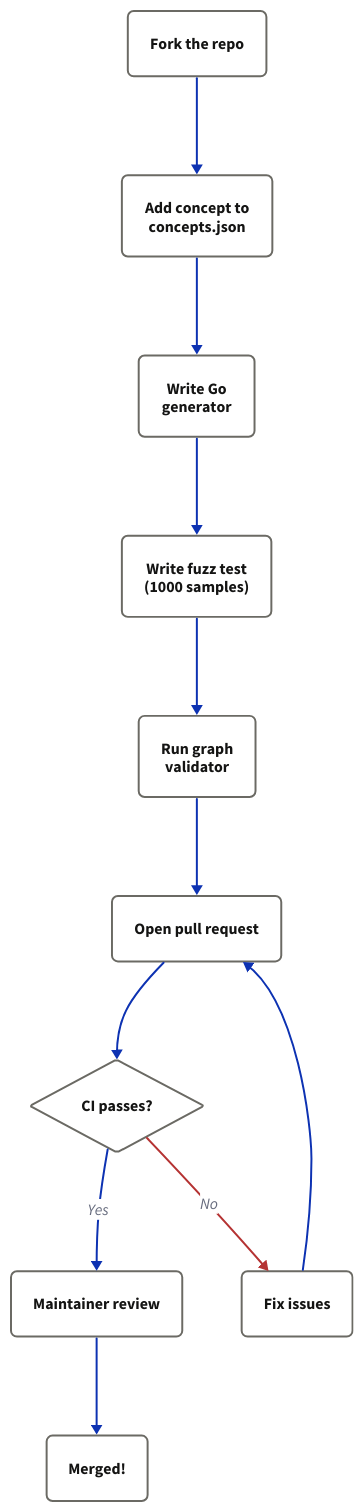
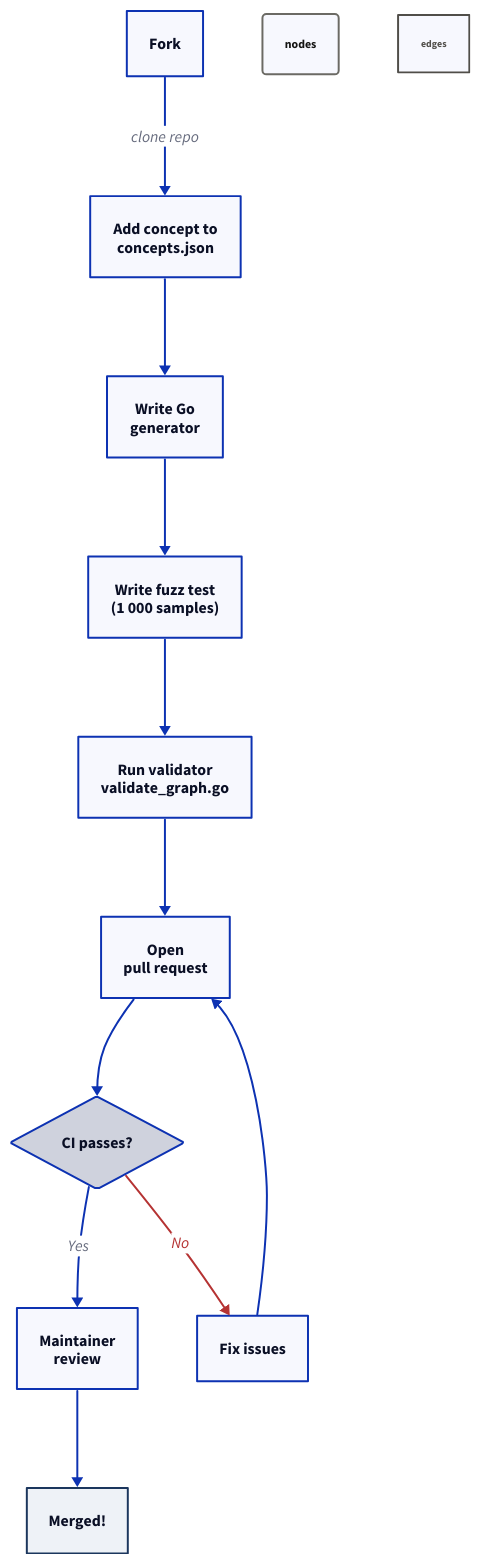
One commit to chuma-beep/mathua changed the diagram in web/next-app/diagrams/contributing.d2. Above: the diagram before and after it, drawn with D2. The commit also changed 19 other files, not shown here.

Commit message:
complete D2 diagrams — restore full detail (sub-layers, internal modules, labelled edges)

```diff
--- a/web/next-app/diagrams/contributing.d2
+++ b/web/next-app/diagrams/contributing.d2
@@ -1,42 +1,59 @@
-Fork: Fork the repo
-Fork -> Concept
+# Contributing — Pull request workflow
+
+Fork: Fork
+Fork -> Concept: clone repo
 
 Concept: Add concept to\nconcepts.json
 Concept -> Generator
 
 Generator: Write Go\ngenerator
 Generator -> Fuzz
 
-Fuzz: Write fuzz test\n(1000 samples)
+Fuzz: Write fuzz test\n(1 000 samples)
 Fuzz -> Validate
 
-Validate: Run graph\nvalidator
+Validate: Run validator\nvalidate_graph.go
 Validate -> PR
 
-PR: Open pull request
+PR: Open\npull request
 PR -> CI
 
 CI: CI passes? {
   shape: diamond
 }
 
-CI -> Review: Yes
+CI -> Review: "Yes"
+CI -> Fix: "No" {
+  style.stroke: "#B53333"
+  style.font-color: "#B53333"
+}
 
-Review: Maintainer review
+Review: Maintainer\nreview
 Review -> Merge
 
-Merge: Merged!
-
-CI -> Fix: No {
-  style.stroke: "#B53333"
+Merge: Merged! {
+  style: {
+    fill: "#EEF2F7"
+    stroke: "#1B365D"
+  }
 }
 
 Fix: Fix issues
 Fix -> PR
 
-*.style: {
-  fill: "transparent"
-  font-color: "#141413"
-  border-radius: 6
-  stroke: "#6b6a64"
+nodes: {
+  style: {
+    font-size: 12
+    font-color: "#141413"
+    border-radius: 4
+    stroke: "#6b6a64"
+  }
 }
+
+edges: {
+  style: {
+    stroke: "#504e49"
+    font-size: 10
+    font-color: "#504e49"
+  }
+}
```
